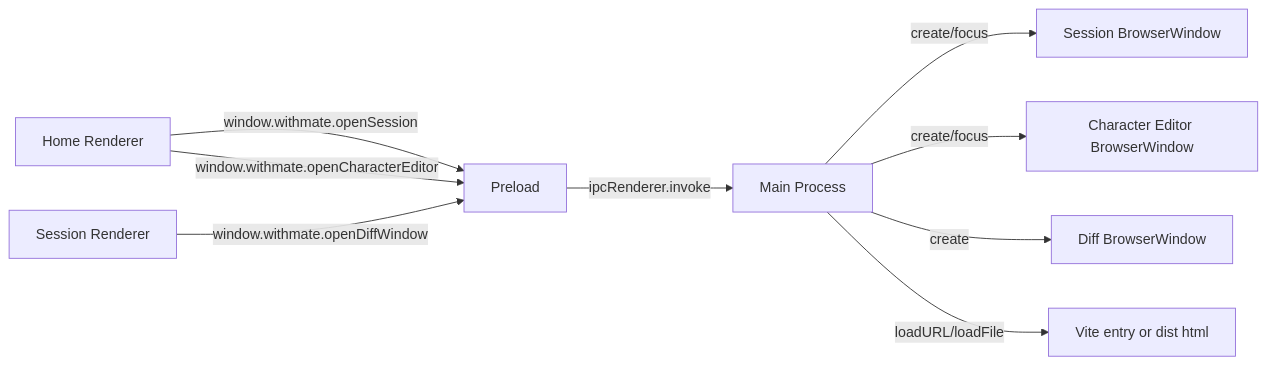
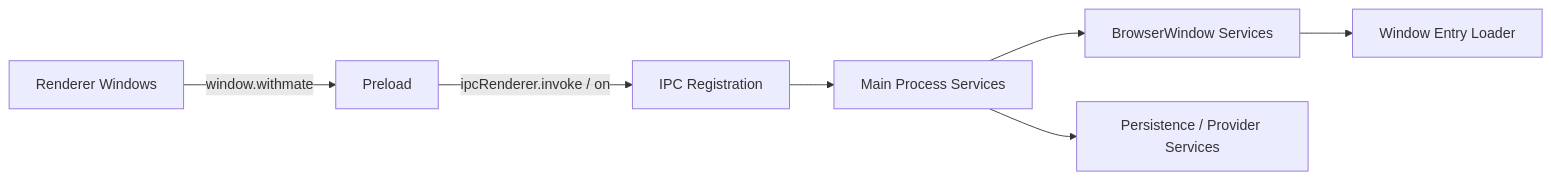
The diagram in docs/design/electron-window-runtime.md (natumekazuki/WithMate), drawn with Mermaid before and after one commit. The commit also changed other lines of this file and 3 other files, not shown here.

````diff
--- a/docs/design/electron-window-runtime.md
+++ b/docs/design/electron-window-runtime.md
@@ -39,11 +34,9 @@
 ```mermaid
 flowchart LR
-    HM[Home Renderer] -->|window.withmate.openSession| PL[Preload]
-    HM -->|window.withmate.openCharacterEditor| PL
-    SWR[Session Renderer] -->|window.withmate.openDiffWindow| PL
-    PL -->|ipcRenderer.invoke| MP[Main Process]
-    MP -->|create/focus| SW[Session BrowserWindow]
-    MP -->|create/focus| CW[Character Editor BrowserWindow]
-    MP -->|create| DW[Diff BrowserWindow]
-    MP -->|loadURL/loadFile| VITE[Vite entry or dist html]
+    WR[Renderer Windows] -->|window.withmate| PL[Preload]
+    PL -->|ipcRenderer.invoke / on| IPC[IPC Registration]
+    IPC --> MP[Main Process Services]
+    MP --> BW[BrowserWindow Services]
+    MP --> STORE[Persistence / Provider Services]
+    BW --> ENTRY[Window Entry Loader]
 ```
````
